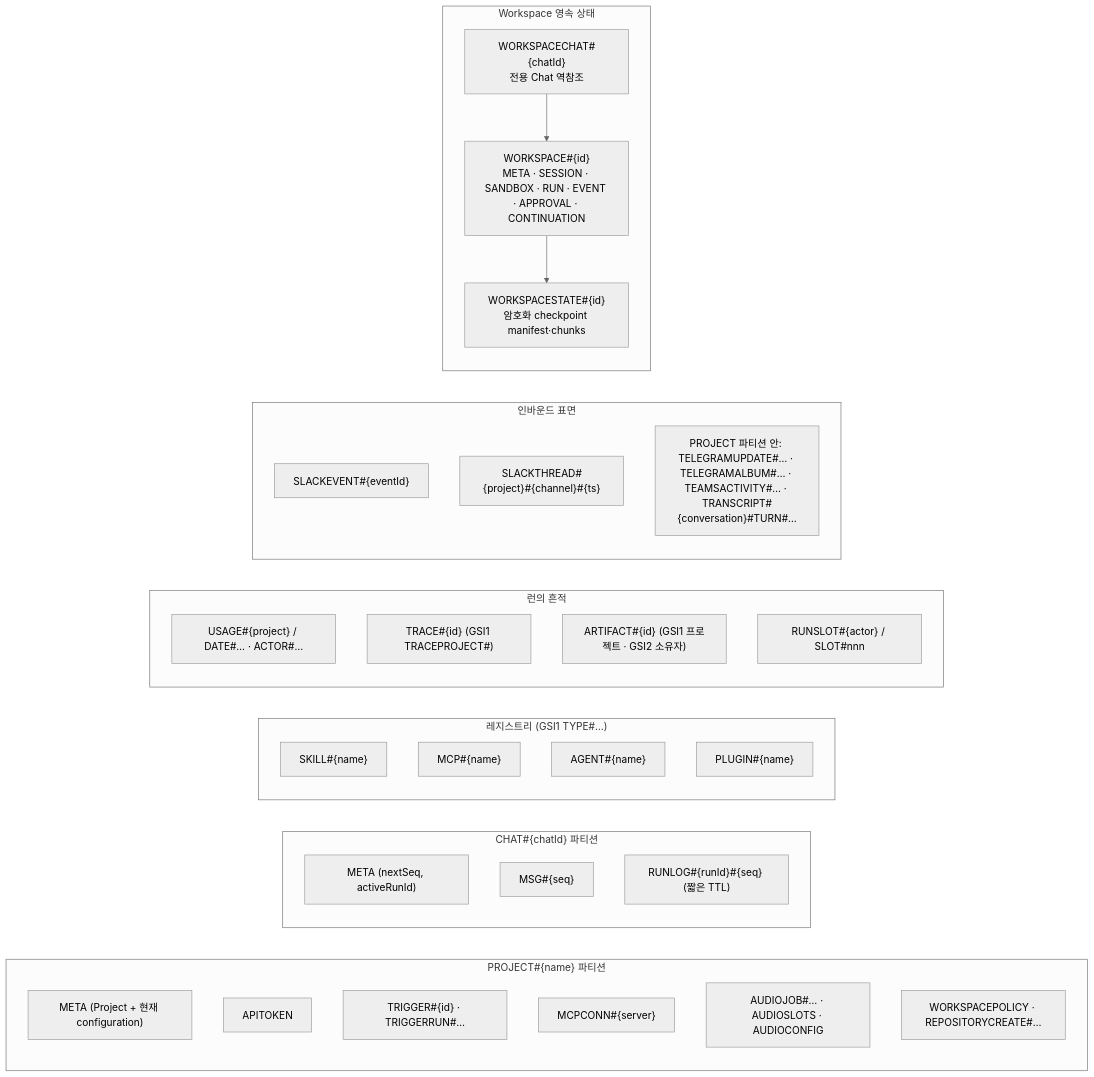
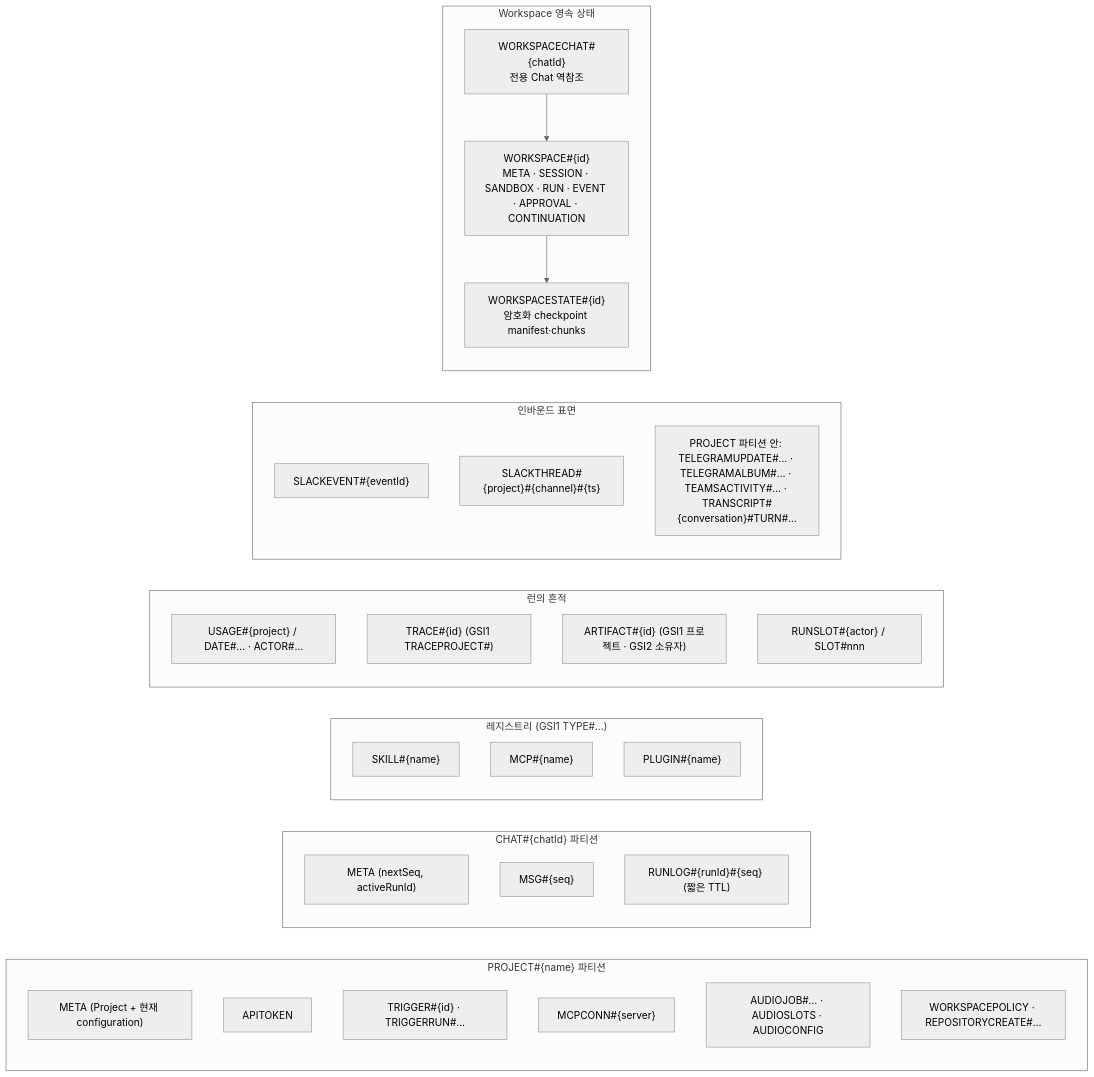
One commit to opspresso/agent-studio changed the seventh of 9 diagrams in docs/DIAGRAMS.md. Above: the diagram before and after it, drawn with Mermaid (neutral theme).

Commit message:
Remove nonexistent Agent row from storage diagram

````diff
--- a/docs/DIAGRAMS.md
+++ b/docs/DIAGRAMS.md
@@ -226,40 +226,39 @@
 ```mermaid
 flowchart LR
   subgraph project["PROJECT#{name} 파티션"]
     meta["META (Project + 현재 configuration)"]
     tok["APITOKEN"]
     trig["TRIGGER#{id} · TRIGGERRUN#…"]
     conn["MCPCONN#{server}"]
     jobs["AUDIOJOB#… · AUDIOSLOTS · AUDIOCONFIG"]
     policy["WORKSPACEPOLICY · REPOSITORYCREATE#…"]
   end
   subgraph chat["CHAT#{chatId} 파티션"]
     cmeta["META (nextSeq, activeRunId)"]
     msg["MSG#{seq}"]
     runlog["RUNLOG#{runId}#{seq} (짧은 TTL)"]
   end
   subgraph registry["레지스트리 (GSI1 TYPE#…)"]
     skill["SKILL#{name}"]
     mcp["MCP#{name}"]
-    agent["AGENT#{name}"]
     plugin["PLUGIN#{name}"]
   end
   subgraph runs["런의 흔적"]
     usage["USAGE#{project} / DATE#… · ACTOR#…"]
     trace["TRACE#{id} (GSI1 TRACEPROJECT#)"]
     artifact["ARTIFACT#{id} (GSI1 프로젝트 · GSI2 소유자)"]
     slot["RUNSLOT#{actor} / SLOT#nnn"]
   end
   subgraph inbound["인바운드 표면"]
     sev["SLACKEVENT#{eventId}"]
     sthread["SLACKTHREAD#{project}#{channel}#{ts}"]
     transcript["PROJECT 파티션 안: TELEGRAMUPDATE#… · TELEGRAMALBUM#… · TEAMSACTIVITY#… · TRANSCRIPT#{conversation}#TURN#…"]
   end
   subgraph workspace["Workspace 영속 상태"]
     ws["WORKSPACE#{id}<br/>META · SESSION · SANDBOX · RUN · EVENT · APPROVAL · CONTINUATION"]
     cp["WORKSPACESTATE#{id}<br/>암호화 checkpoint manifest·chunks"]
     mapping["WORKSPACECHAT#{chatId}<br/>전용 Chat 역참조"]
     ws --> cp
     mapping --> ws
   end
 ```
````
